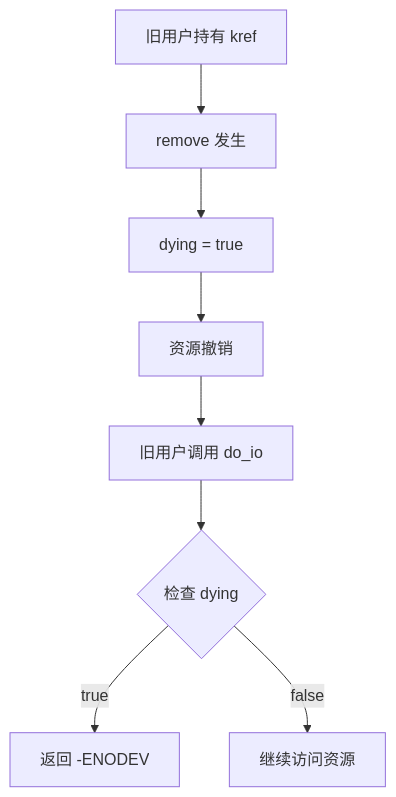
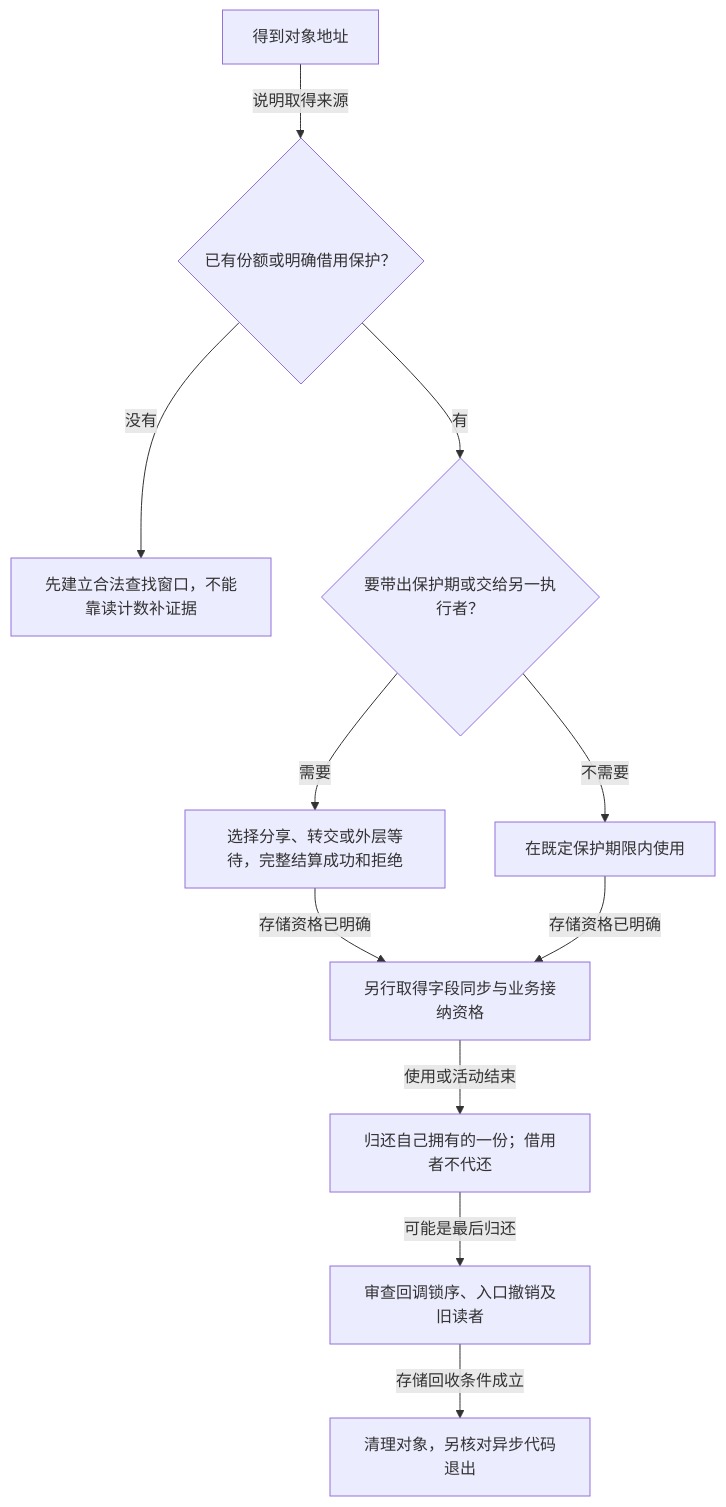
The diagram in knowledge/linux/object_lifetime/kref/P14_源码阅读实验.md (FormingSystem/linux_note), drawn with Mermaid before and after one commit. The commit also changed other lines of this file and 10 other files, not shown here.

````diff
--- a/knowledge/linux/object_lifetime/kref/P14_源码阅读实验.md
+++ b/knowledge/linux/object_lifetime/kref/P14_源码阅读实验.md
@@ -226,10 +260,13 @@
 ```mermaid
 flowchart TD
-    A["旧用户持有 kref"] --> B["remove 发生"]
-    B --> C["dying = true"]
-    C --> D["资源撤销"]
-    D --> E["旧用户调用 do_io"]
-    E --> F{"检查 dying"}
-    F -- "true" --> G["返回 -ENODEV"]
-    F -- "false" --> H["继续访问资源"]
+    A["得到对象地址"] -->|"说明取得来源"| B{"已有份额或明确借用保护？"}
+    B -->|"没有"| C["先建立合法查找窗口，不能靠读计数补证据"]
+    B -->|"有"| D{"要带出保护期或交给另一执行者？"}
+    D -->|"需要"| E["选择分享、转交或外层等待，完整结算成功和拒绝"]
+    D -->|"不需要"| F["在既定保护期限内使用"]
+    E -->|"存储资格已明确"| G["另行取得字段同步与业务接纳资格"]
+    F -->|"存储资格已明确"| G
+    G -->|"使用或活动结束"| H["归还自己拥有的一份；借用者不代还"]
+    H -->|"可能是最后归还"| I["审查回调锁序、入口撤销及旧读者"]
+    I -->|"存储回收条件成立"| J["清理对象，另核对异步代码退出"]
 ```
````
